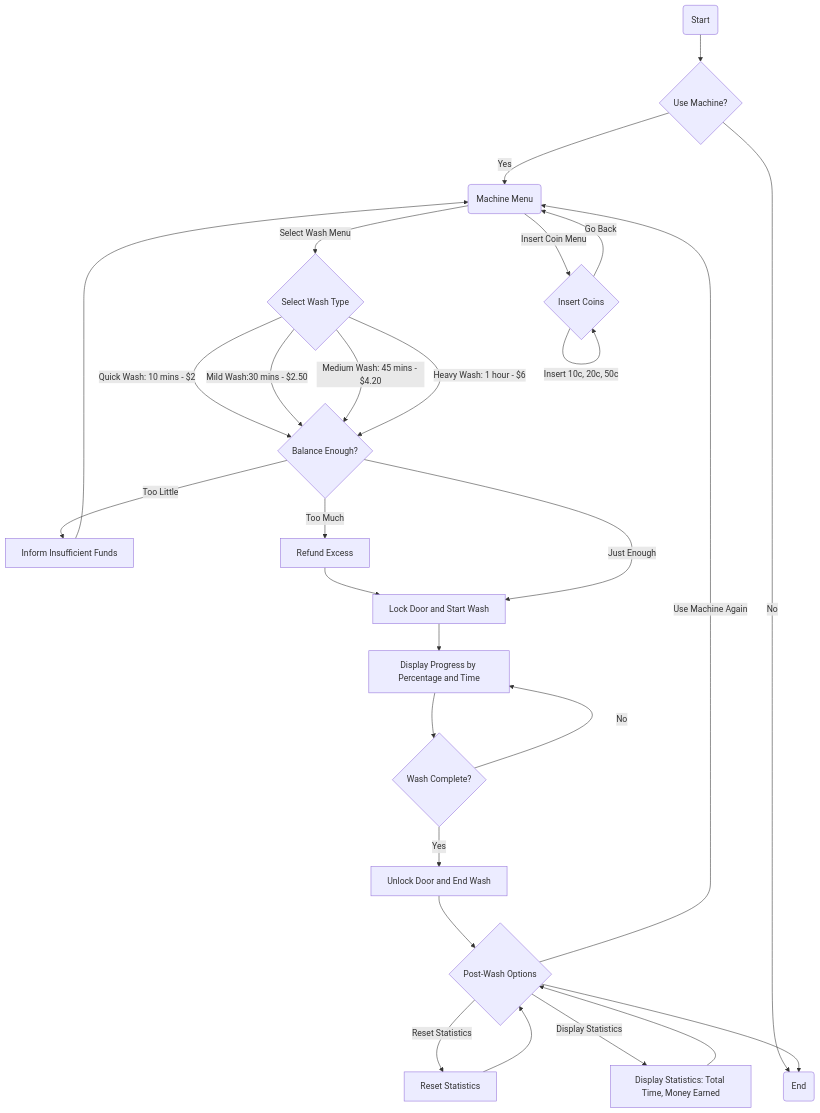
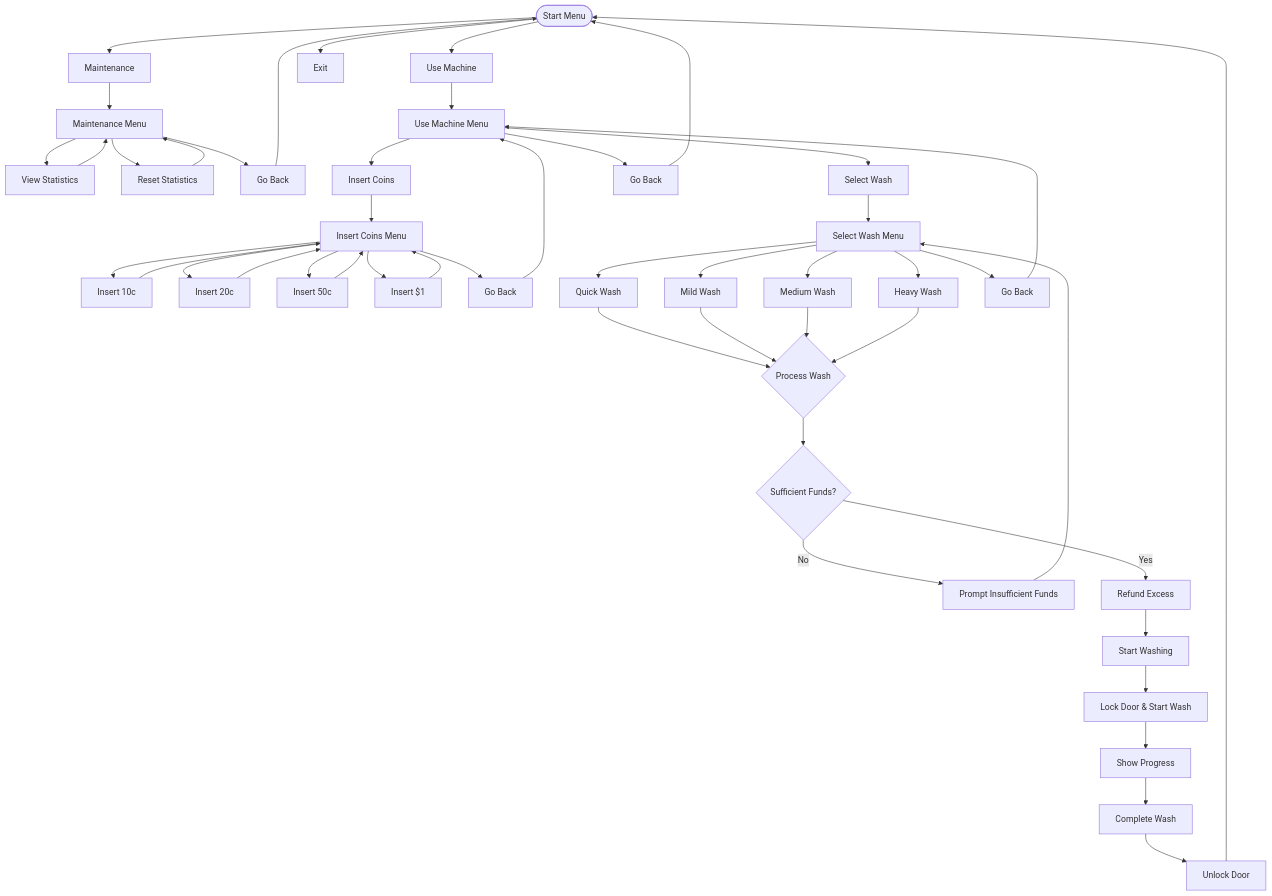
The diagram in flowchart.md (roycehoe/imda-tech-test), drawn with Mermaid before and after one commit. The commit also changed 1 other file, not shown here.

Commit message:
feat: Redo flowchart and partially create displays

````diff
--- a/flowchart.md
+++ b/flowchart.md
@@ -1,36 +1,61 @@
-```mermaid
+```Mermaid
 flowchart TD
-    A(Start) --> B{Use Machine?}
-    B -->|No| End(End)
-    B -->|Yes| C(Machine Menu)
+    start([Start Menu]) --> use[Use Machine]
+    start --> maint[Maintenance]
+    start --> exit[Exit]
 
-    C -->|Insert Coin Menu| E{Insert Coins}
-    C -->|Select Wash Menu| SW{Select Wash Type}
-    E -->|Insert 10c, 20c, 50c| E
-    E -->|Go Back| C
+    maint --> maintMenu[Maintenance Menu]
+    maintMenu --> viewStats[View Statistics]
+    maintMenu --> resetStats[Reset Statistics]
+    maintMenu --> goBackMaint[Go Back]
+    goBackMaint --> start
 
-    SW -->|Quick Wash: 10 mins - $2| D
-    SW -->|Mild Wash:30 mins - $2.50| D
-    SW -->|Medium Wash: 45 mins - $4.20| D
-    SW -->|Heavy Wash: 1 hour - $6| D
+    use --> useMenu[Use Machine Menu]
+    useMenu --> insert[Insert Coins]
+    useMenu --> selectWash[Select Wash]
+    useMenu --> goBackUse[Go Back]
+    goBackUse --> start
 
-    D{Balance Enough?}
-    D -->|Too Little| F[Inform Insufficient Funds]
-    F --> C
-    D -->|Too Much| G[Refund Excess]
-    G --> H[Execute Wash]
-    D -->|Just Enough| H[Lock Door and Start Wash]
+    insert --> insertMenu[Insert Coins Menu]
+    insertMenu --> ins10[Insert 10c]
+    insertMenu --> ins20[Insert 20c]
+    insertMenu --> ins50[Insert 50c]
+    insertMenu --> ins1[Insert $1]
+    insertMenu --> goBackIns[Go Back]
+    goBackIns --> useMenu
 
-    H --> I[Display Progress by Percentage and Time]
-    I --> J{Wash Complete?}
-    J -->|Yes| K[Unlock Door and End Wash]
-    J -->|No| I
+    ins10 --> insertMenu
+    ins20 --> insertMenu
+    ins50 --> insertMenu
+    ins1 --> insertMenu
 
-    K --> L{Post-Wash Options}
-    L -->|Display Statistics| M[Display Statistics: Total Time, Money Earned]
-    L -->|Reset Statistics| N[Reset Statistics]
-    L -->|Use Machine Again| C
-    M --> L
-    N --> L
-    L --> End(End)
+    selectWash --> washMenu[Select Wash Menu]
+    washMenu --> quickWash[Quick Wash]
+    washMenu --> mildWash[Mild Wash]
+    washMenu --> mediumWash[Medium Wash]
+    washMenu --> heavyWash[Heavy Wash]
+    washMenu --> goBackWash[Go Back]
+    goBackWash --> useMenu
+
+    quickWash --> process{Process Wash}
+    mildWash --> process
+    mediumWash --> process
+    heavyWash --> process
+
+    process --> sufficient{Sufficient Funds?}
+    sufficient --> |No| prompt[Prompt Insufficient Funds]
+    sufficient --> |Yes| refund[Refund Excess]
+    prompt --> washMenu
+    refund --> startWash[Start Washing]
+
+    startWash --> lock[Lock Door & Start Wash]
+    lock --> progress[Show Progress]
+    progress --> completion[Complete Wash]
+    completion --> unlock[Unlock Door]
+    unlock --> start
+
+
+
+    viewStats --> maintMenu
+    resetStats --> maintMenu
 ```
````
